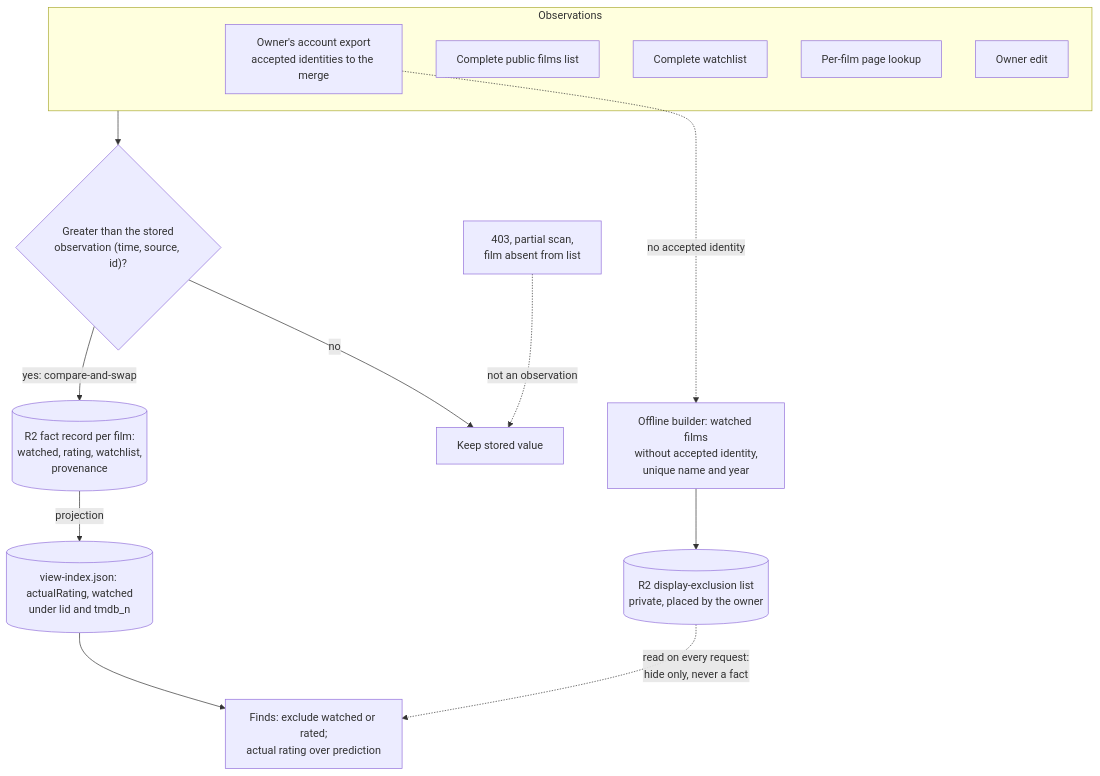
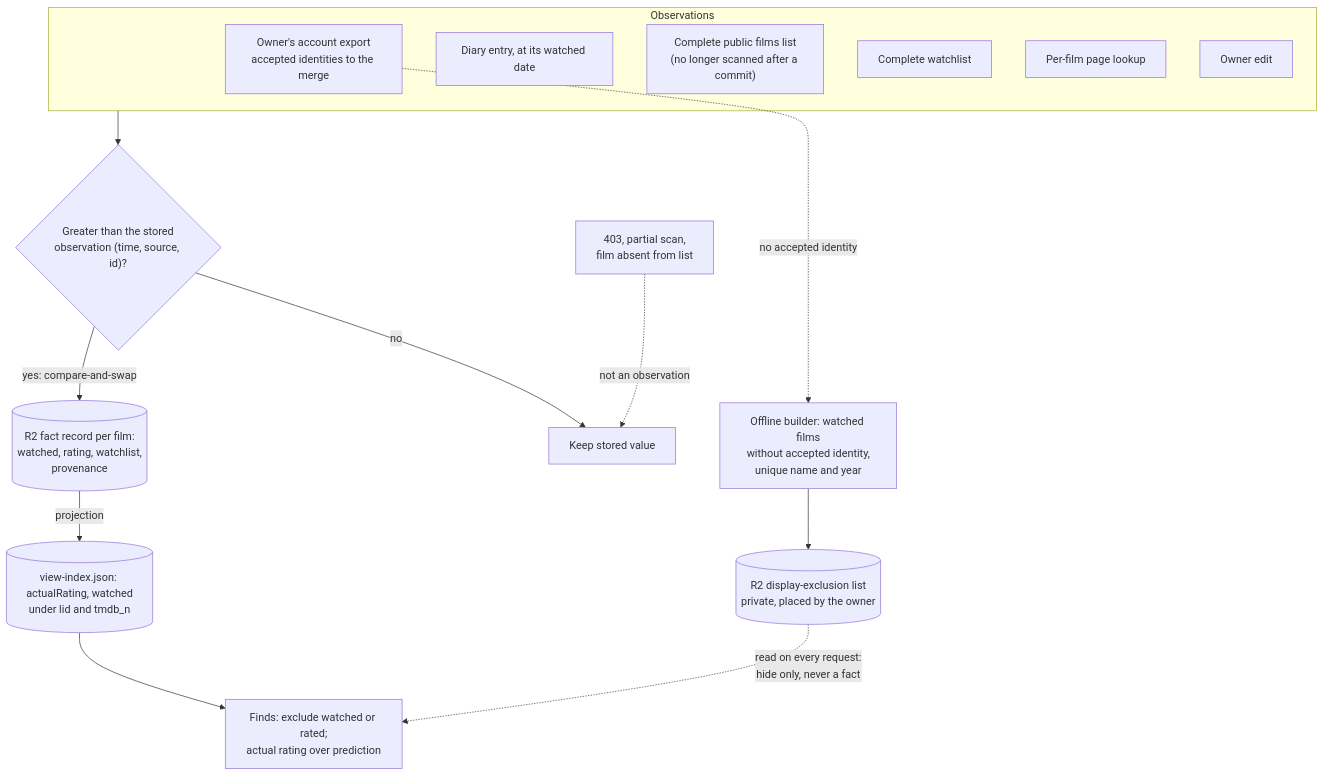
One commit to vladimino/iptv-watchlist changed the second of 2 diagrams in docs/architecture/letterboxd-ingestion.md. Above: the diagram before and after it, drawn with Mermaid. The commit also changed other lines of this file and 19 other files, not shown here.

First line of the commit message:
AIR-287: Diary-first EPG ratings; the films list is no longer scanned

````diff
--- a/docs/architecture/letterboxd-ingestion.md
+++ b/docs/architecture/letterboxd-ingestion.md
@@ -62,27 +57,28 @@
 ```mermaid
 flowchart TD
     subgraph sources["Observations"]
         export["Owner's account export<br/>accepted identities to the merge"]
-        films["Complete public films list"]
+        diary["Diary entry, at its watched date"]
+        films["Complete public films list<br/>(no longer scanned after a commit)"]
         watchlist["Complete watchlist"]
         page["Per-film page lookup"]
         owner["Owner edit"]
     end
     gaps["403, partial scan,<br/>film absent from list"]
     merge{"Greater than the stored<br/>observation (time, source, id)?"}
     facts[("R2 fact record per film:<br/>watched, rating, watchlist,<br/>provenance")]
     keep["Keep stored value"]
     index[("view-index.json: actualRating, watched<br/>under lid and tmdb_n")]
     finds["Finds: exclude watched or rated;<br/>actual rating over prediction"]
     builder["Offline builder: watched films<br/>without accepted identity,<br/>unique name and year"]
     list[("R2 display-exclusion list<br/>private, placed by the owner")]
     sources --> merge
     merge -->|yes: compare-and-swap| facts
     merge -->|no| keep
     gaps -.->|not an observation| keep
     facts -->|projection| index
     index --> finds
     export -.->|no accepted identity| builder
     builder --> list
     list -.->|"read on every request:<br/>hide only, never a fact"| finds
 ```
````
